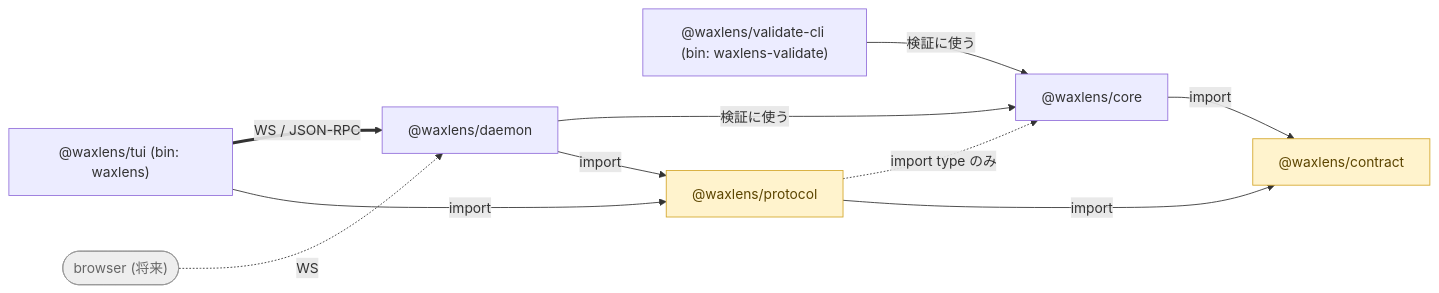
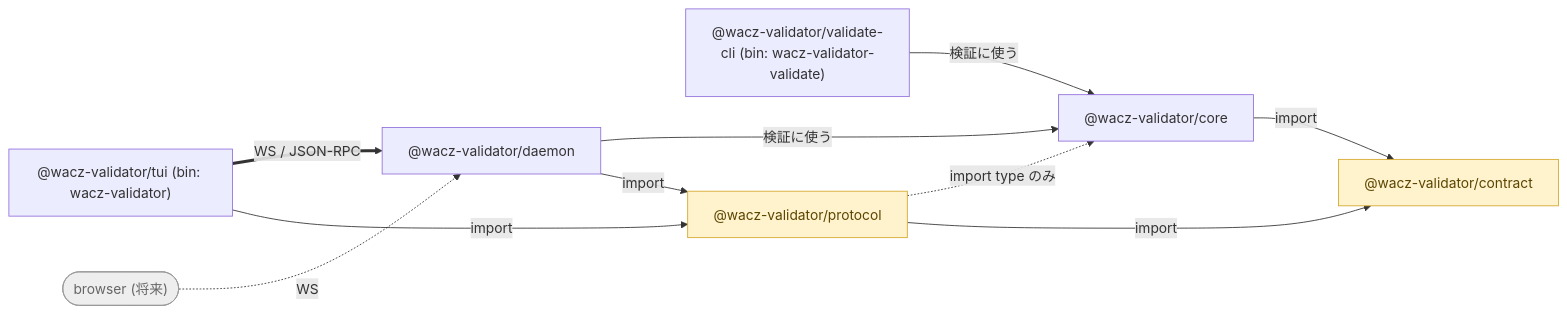
One commit to uraitakahito/waxlens changed the diagram in docs-site/src/content/docs/ja/index.mdx. Above: the diagram before and after it, drawn with Mermaid. The commit also changed other lines of this file and 118 other files, not shown here.

First line of the commit message:
rename: waxlens → wacz-validator (#219)

````diff
--- a/docs-site/src/content/docs/ja/index.mdx
+++ b/docs-site/src/content/docs/ja/index.mdx
@@ -36,17 +36,17 @@
 ```mermaid
 flowchart LR
-    tui["@waxlens/tui (bin: waxlens)"] ==>|"WS / JSON-RPC"| daemon["@waxlens/daemon"]
+    tui["@wacz-validator/tui (bin: wacz-validator)"] ==>|"WS / JSON-RPC"| daemon["@wacz-validator/daemon"]
     browser(["browser (将来)"]) -.->|"WS"| daemon
-    cli["@waxlens/validate-cli (bin: waxlens-validate)"] -->|"検証に使う"| core["@waxlens/core"]
+    cli["@wacz-validator/validate-cli (bin: wacz-validator-validate)"] -->|"検証に使う"| core["@wacz-validator/core"]
     daemon -->|"検証に使う"| core
-    tui -->|import| protocol["@waxlens/protocol"]
+    tui -->|import| protocol["@wacz-validator/protocol"]
     daemon -->|import| protocol
     protocol -.->|"import type のみ"| core
-    core -->|import| shared["@waxlens/contract"]
+    core -->|import| shared["@wacz-validator/contract"]
     protocol -->|import| shared
 
     classDef shared fill:#fff3cd,stroke:#d4a72c,color:#5c4500;
     classDef future fill:#eeeeee,stroke:#999999,color:#666666;
     class shared,protocol shared;
     class browser future;
 ```
````
